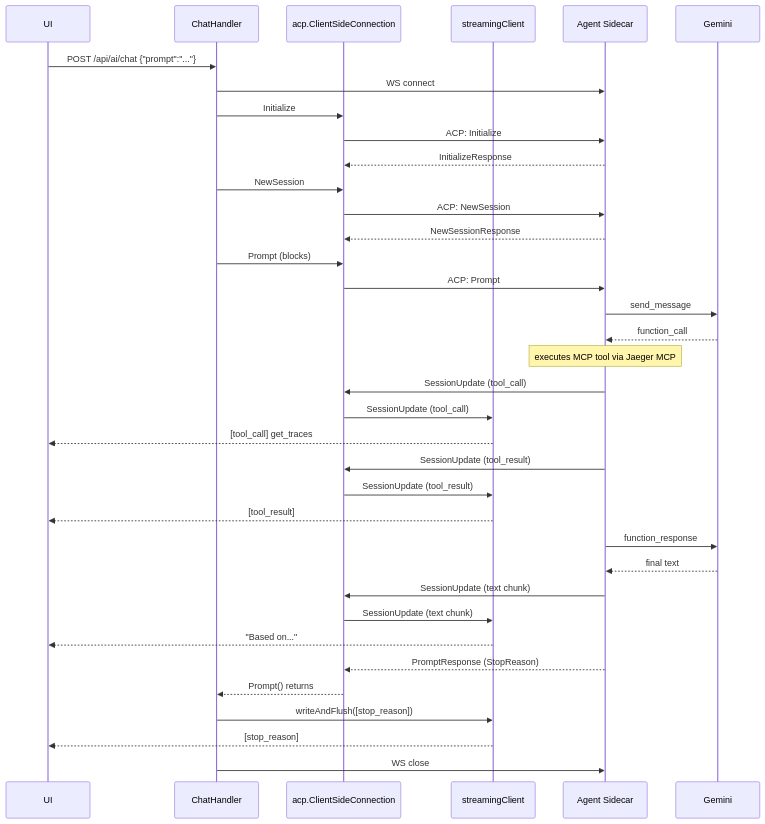
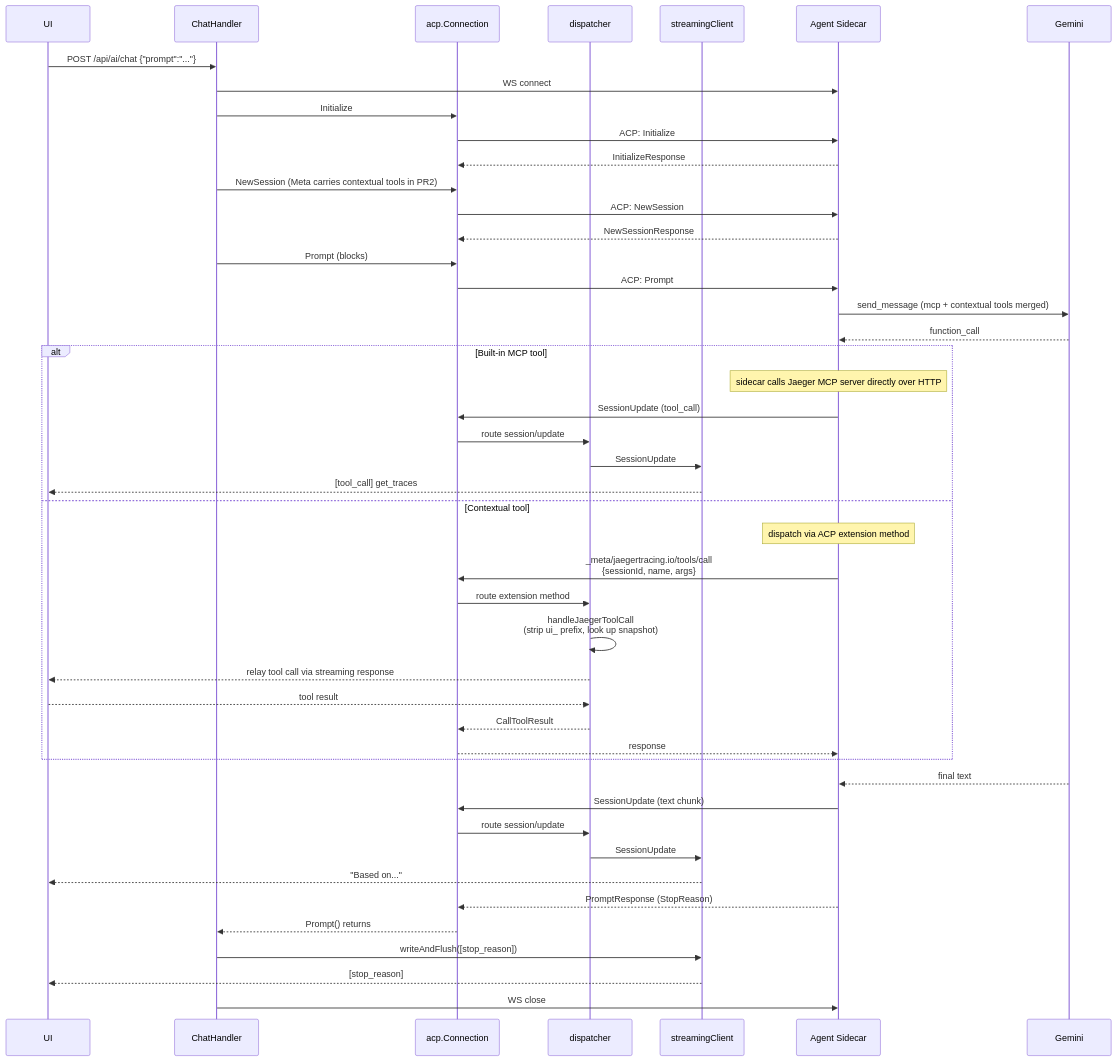
The second of 2 diagrams in cmd/jaeger/internal/extension/jaegerquery/internal/jaegerai/README.md (jaegertracing/jaeger), drawn with Mermaid before and after one commit. The commit also changed other lines of this file and 3 other files, not shown here.

Commit message:
feat: upadate readme and add acp extension doc

````diff
--- a/cmd/jaeger/internal/extension/jaegerquery/internal/jaegerai/README.md
+++ b/cmd/jaeger/internal/extension/jaegerquery/internal/jaegerai/README.md
@@ -74,42 +117,53 @@
 ```mermaid
 sequenceDiagram
     participant UI
     participant ChatHandler
-    participant acpConn as acp.ClientSideConnection
+    participant acpConn as acp.Connection
+    participant DSP as dispatcher
     participant SC as streamingClient
     participant Sidecar as Agent Sidecar
     participant Gemini
 
     UI->>ChatHandler: POST /api/ai/chat {"prompt":"..."}
     ChatHandler->>Sidecar: WS connect
     ChatHandler->>acpConn: Initialize
     acpConn->>Sidecar: ACP: Initialize
     Sidecar-->>acpConn: InitializeResponse
-    ChatHandler->>acpConn: NewSession
+    ChatHandler->>acpConn: NewSession (Meta carries contextual tools in PR2)
     acpConn->>Sidecar: ACP: NewSession
     Sidecar-->>acpConn: NewSessionResponse
     ChatHandler->>acpConn: Prompt (blocks)
     acpConn->>Sidecar: ACP: Prompt
 
-    Sidecar->>Gemini: send_message
+    Sidecar->>Gemini: send_message (mcp + contextual tools merged)
     Gemini-->>Sidecar: function_call
-    Note over Sidecar: executes MCP tool via Jaeger MCP
-    Sidecar->>acpConn: SessionUpdate (tool_call)
-    acpConn->>SC: SessionUpdate (tool_call)
-    SC-->>UI: [tool_call] get_traces
-    Sidecar->>acpConn: SessionUpdate (tool_result)
-    acpConn->>SC: SessionUpdate (tool_result)
-    SC-->>UI: [tool_result]
-    Sidecar->>Gemini: function_response
+
+    alt Built-in MCP tool
+        Note over Sidecar: sidecar calls Jaeger MCP server directly over HTTP
+        Sidecar->>acpConn: SessionUpdate (tool_call)
+        acpConn->>DSP: route session/update
+        DSP->>SC: SessionUpdate
+        SC-->>UI: [tool_call] get_traces
+    else Contextual tool
+        Note over Sidecar: dispatch via ACP extension method
+        Sidecar->>acpConn: _meta/jaegertracing.io/tools/call<br>{sessionId, name, args}
+        acpConn->>DSP: route extension method
+        DSP->>DSP: handleJaegerToolCall<br>(strip ui_ prefix, look up snapshot)
+        DSP-->>UI: relay tool call via streaming response
+        UI-->>DSP: tool result
+        DSP-->>acpConn: CallToolResult
+        acpConn-->>Sidecar: response
+    end
+
     Gemini-->>Sidecar: final text
-
     Sidecar->>acpConn: SessionUpdate (text chunk)
-    acpConn->>SC: SessionUpdate (text chunk)
+    acpConn->>DSP: route session/update
+    DSP->>SC: SessionUpdate
     SC-->>UI: "Based on..."
 
     Sidecar-->>acpConn: PromptResponse (StopReason)
     acpConn-->>ChatHandler: Prompt() returns
     ChatHandler->>SC: writeAndFlush([stop_reason])
     SC-->>UI: [stop_reason]
     ChatHandler->>Sidecar: WS close
 ```
````
